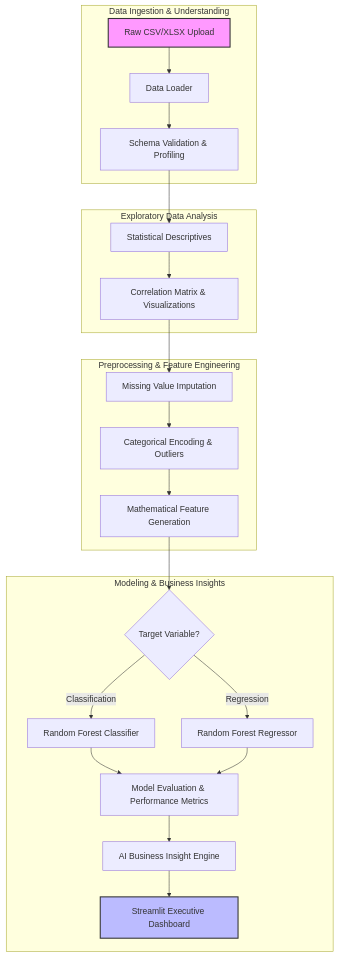
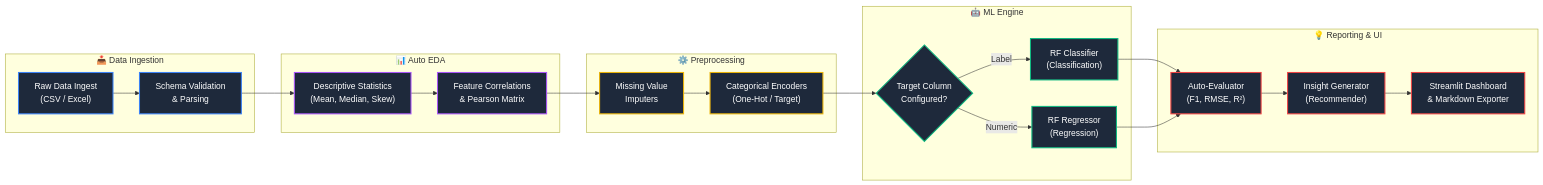
Before and after one commit to GhariebML/AutoAnalyst-AI: the diagram in README.md, drawn with Mermaid. The commit also changed other lines of this file and 1 other file, not shown here.

Commit message:
docs: add premium banner image and stylized Mermaid workflow to README

````diff
--- a/README.md
+++ b/README.md
@@ -17,30 +27,50 @@
 ```mermaid
-flowchart TB
-    subgraph Data Ingestion & Understanding
-        A[Raw CSV/XLSX Upload] --> B[Data Loader]
-        B --> C[Schema Validation & Profiling]
+flowchart LR
+    %% Style definitions
+    classDef ingest fill:#1e293b,stroke:#3b82f6,stroke-width:2px,color:#fff;
+    classDef eda fill:#1e293b,stroke:#a855f7,stroke-width:2px,color:#fff;
+    classDef preprocess fill:#1e293b,stroke:#eab308,stroke-width:2px,color:#fff;
+    classDef model fill:#1e293b,stroke:#10b981,stroke-width:2px,color:#fff;
+    classDef output fill:#1e293b,stroke:#ef4444,stroke-width:2px,color:#fff;
+
+    %% Nodes
+    subgraph Ingestion["📥 Data Ingestion"]
+        A["Raw Data Ingest<br>(CSV / Excel)"]:::ingest
+        B["Schema Validation<br>& Parsing"]:::ingest
+        A --> B
     end
 
-    subgraph Exploratory Data Analysis
-        C --> D[Statistical Descriptives]
-        D --> E[Correlation Matrix & Visualizations]
+    subgraph Analysis["📊 Auto EDA"]
+        C["Descriptive Statistics<br>(Mean, Median, Skew)"]:::eda
+        D["Feature Correlations<br>& Pearson Matrix"]:::eda
+        C --> D
     end
 
-    subgraph Preprocessing & Feature Engineering
-        E --> F[Missing Value Imputation]
-        F --> G[Categorical Encoding & Outliers]
-        G --> H[Mathematical Feature Generation]
+    subgraph Cleaning["⚙️ Preprocessing"]
+        E["Missing Value<br>Imputers"]:::preprocess
+        F["Categorical Encoders<br>(One-Hot / Target)"]:::preprocess
+        E --> F
     end
 
-    subgraph Modeling & Business Insights
-        H --> I{Target Variable?}
-        I -- Classification --> J[Random Forest Classifier]
-        I -- Regression --> K[Random Forest Regressor]
-        J & K --> L[Model Evaluation & Performance Metrics]
-        L --> M[AI Business Insight Engine]
-        M --> N[Streamlit Executive Dashboard]
+    subgraph Modeling["🤖 ML Engine"]
+        G{"Target Column<br>Configured?"}:::model
+        H["RF Classifier<br>(Classification)"]:::model
+        I["RF Regressor<br>(Regression)"]:::model
+        G -- "Label" --> H
+        G -- "Numeric" --> I
     end
 
-    style A fill:#f9f,stroke:#333,stroke-width:2px
-    style N fill:#bbf,stroke:#333,stroke-width:2px
+    subgraph Insights["💡 Reporting & UI"]
+        J["Auto-Evaluator<br>(F1, RMSE, R²)"]:::output
+        K["Insight Generator<br>(Recommender)"]:::output
+        L["Streamlit Dashboard<br>& Markdown Exporter"]:::output
+        J --> K
+        K --> L
+    end
+
+    %% Pipeline flow connections
+    B --> C
+    D --> E
+    F --> G
+    H & I --> J
 ```
````
